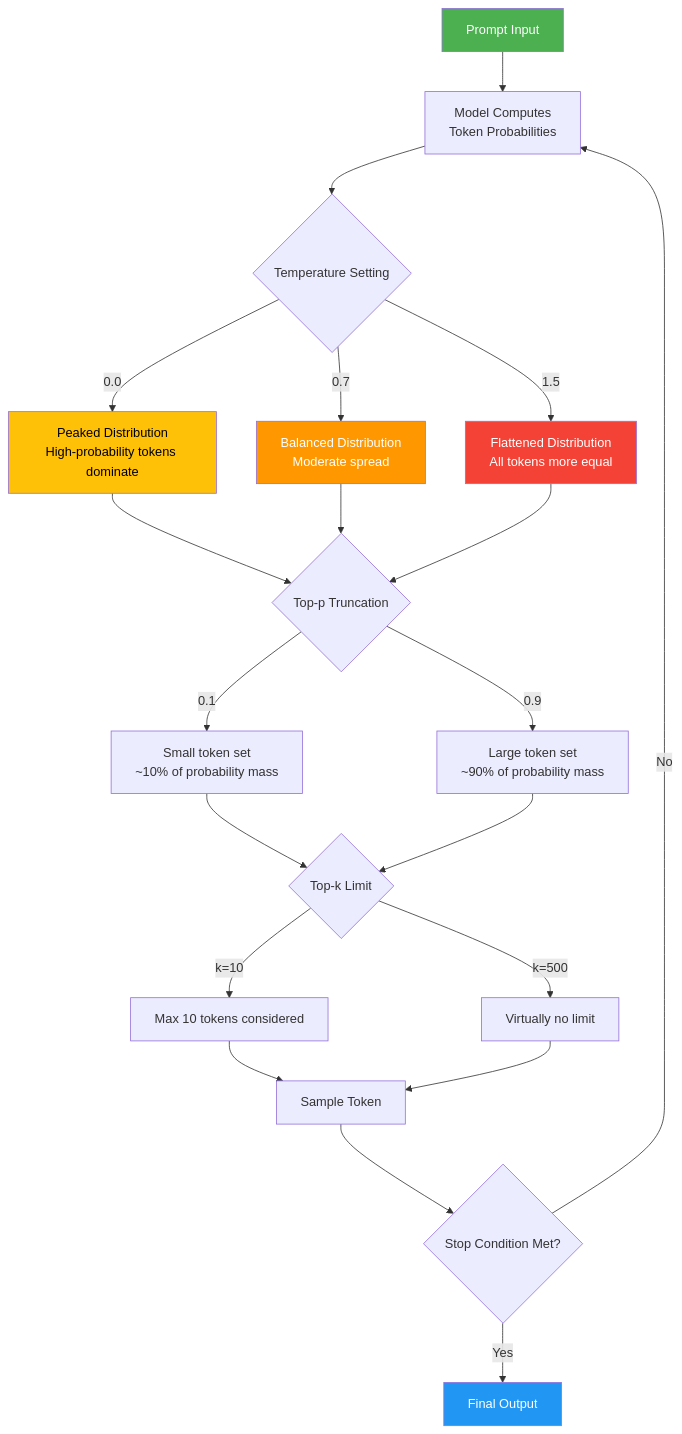
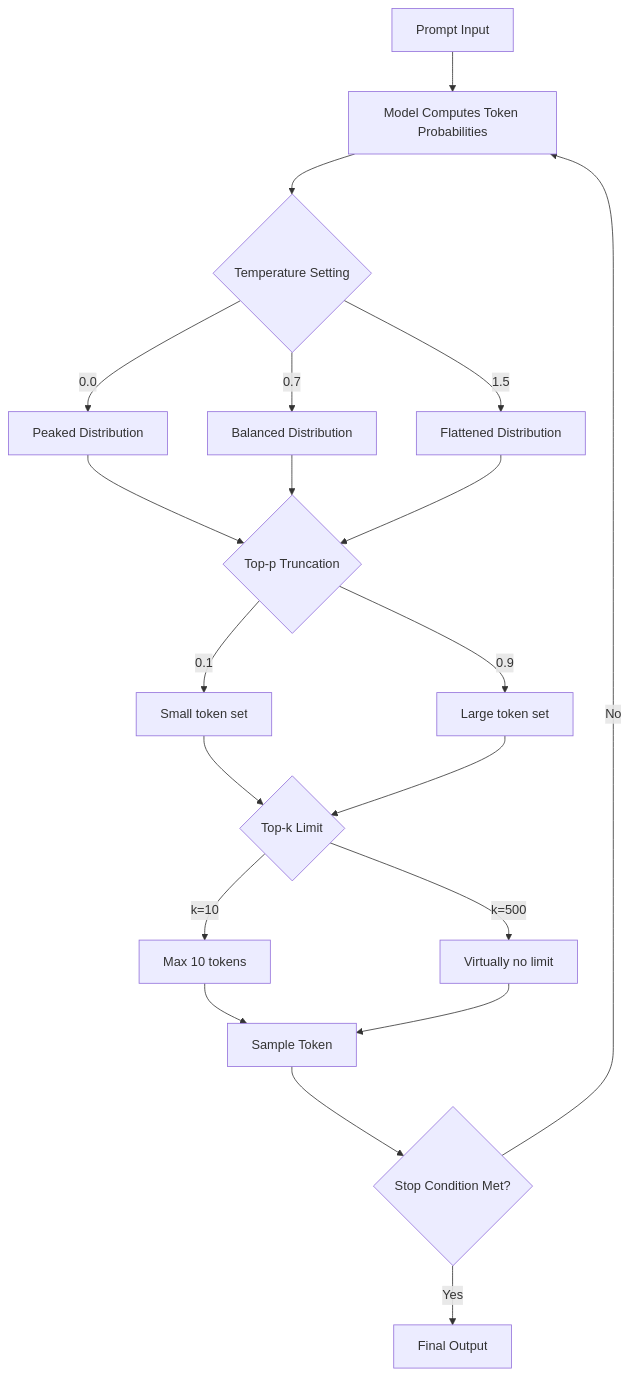
One commit to himanshu231204/prompt-engineering-mastery changed the diagram in 01-foundations/README.md. Above: the diagram before and after it, drawn with Mermaid.

Commit message:
fix: simplify Mermaid diagram for reliable rendering
Remove br tags, tilde characters, and style commands that broke
rendering on GitHub and other Markdown viewers.

````diff
--- a/01-foundations/README.md
+++ b/01-foundations/README.md
@@ -96,34 +96,28 @@
 ```mermaid
 flowchart TD
-    A[Prompt Input] --> B[Model Computes<br/>Token Probabilities]
+    A[Prompt Input] --> B[Model Computes Token Probabilities]
     B --> C{Temperature Setting}
-    C -->|0.0| D[Peaked Distribution<br/>High-probability tokens dominate]
-    C -->|0.7| E[Balanced Distribution<br/>Moderate spread]
-    C -->|1.5| F[Flattened Distribution<br/>All tokens more equal]
-    
+    C -->|0.0| D[Peaked Distribution]
+    C -->|0.7| E[Balanced Distribution]
+    C -->|1.5| F[Flattened Distribution]
+
     D --> G{Top-p Truncation}
     E --> G
     F --> G
-    
-    G -->|0.1| H[Small token set<br/>~10% of probability mass]
-    G -->|0.9| I[Large token set<br/>~90% of probability mass]
-    
+
+    G -->|0.1| H[Small token set]
+    G -->|0.9| I[Large token set]
+
     H --> J{Top-k Limit}
     I --> J
-    
-    J -->|k=10| K[Max 10 tokens considered]
+
+    J -->|k=10| K[Max 10 tokens]
     J -->|k=500| L[Virtually no limit]
-    
+
     K --> M[Sample Token]
     L --> M
-    
+
     M --> N{Stop Condition Met?}
     N -->|No| B
     N -->|Yes| O[Final Output]
-    
-    style A fill:#4CAF50,color:white
-    style O fill:#2196F3,color:white
-    style D fill:#FFC107,color:black
-    style E fill:#FF9800,color:white
-    style F fill:#F44336,color:white
 ```
````
